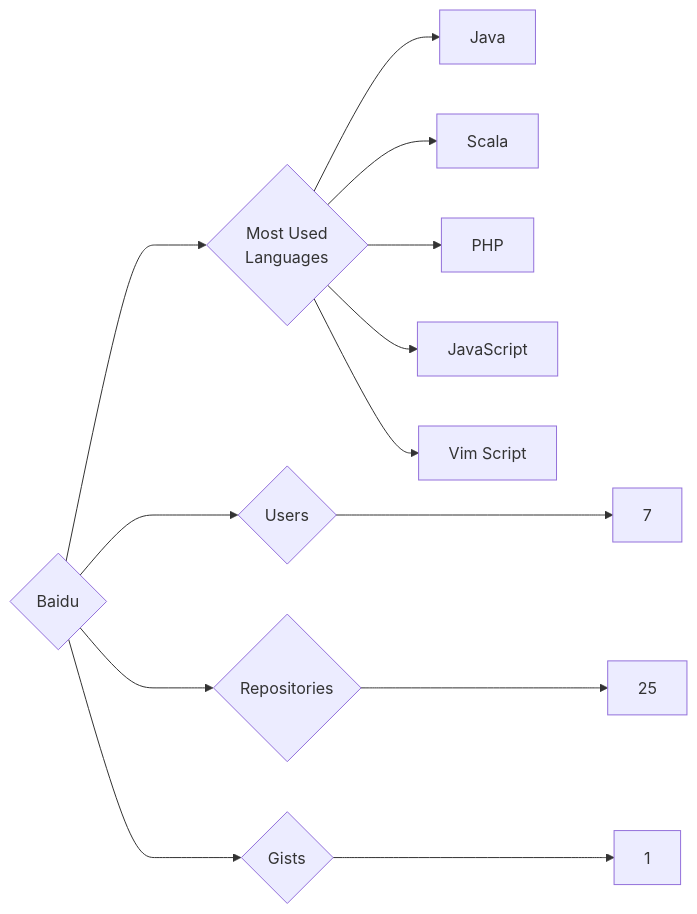
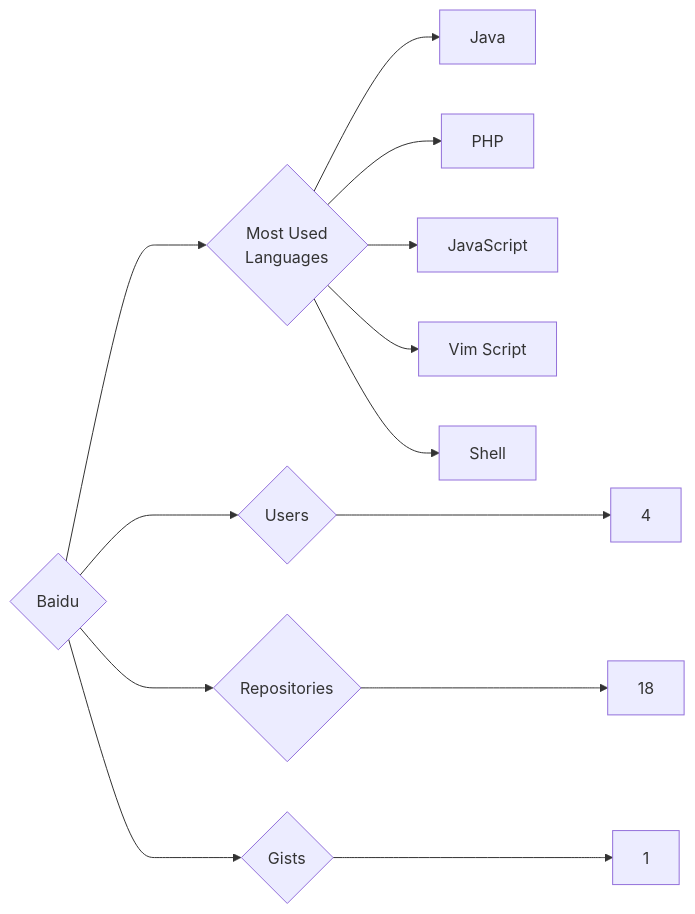
The diagram in targets/Baidu/README.md (trickest/insiders), drawn with Mermaid before and after one commit. The commit also changed 912 other files, not shown here.

````diff
--- a/targets/Baidu/README.md
+++ b/targets/Baidu/README.md
@@ -3,13 +3,13 @@
 ```mermaid
 graph LR
 COMPANY_NAME{Baidu}
-COMPANY_NAME ---> U{Users} ---> UN[7]
-COMPANY_NAME ---> R{Repositories} ---> RN[25]
+COMPANY_NAME ---> U{Users} ---> UN[4]
+COMPANY_NAME ---> R{Repositories} ---> RN[18]
 COMPANY_NAME ---> G{Gists} ---> GN[1]
 COMPANY_NAME ---> ML{Most Used<br>Languages}
 ML --> Java[Java]
-ML --> Scala[Scala]
 ML --> PHP[PHP]
 ML --> JavaScript[JavaScript]
 ML --> Vim_Script[Vim Script]
+ML --> Shell[Shell]
 ```
````
